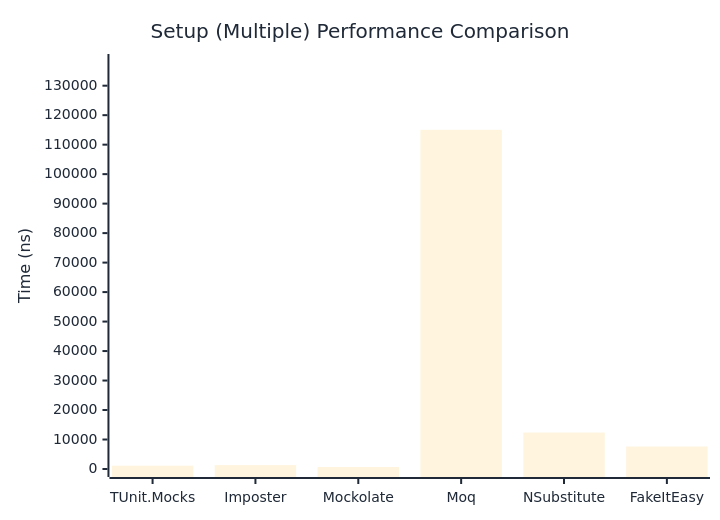
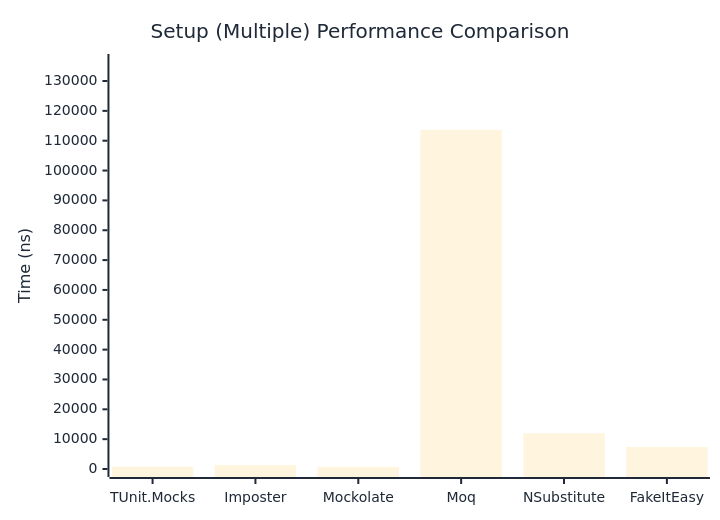
Before and after one commit to thomhurst/TUnit: the second of 2 diagrams in docs/docs/benchmarks/mocks/Setup.md, drawn with Mermaid. The commit also changed other lines of this file and 14 other files, not shown here.

````diff
--- a/docs/docs/benchmarks/mocks/Setup.md
+++ b/docs/docs/benchmarks/mocks/Setup.md
@@ -69,27 +69,27 @@
 ```mermaid
 %%{init: {
   'theme':'base',
   'themeVariables': {
     'primaryColor': '#2563eb',
     'primaryTextColor': '#1f2937',
     'primaryBorderColor': '#1e40af',
     'lineColor': '#6b7280',
     'secondaryColor': '#7c3aed',
     'tertiaryColor': '#dc2626',
     'background': '#ffffff',
     'pie1': '#2563eb',
     'pie2': '#7c3aed',
     'pie3': '#dc2626',
     'pie4': '#f59e0b',
     'pie5': '#10b981',
     'pie6': '#06b6d4',
     'pie7': '#ec4899',
     'pie8': '#6366f1'
   }
 }}%%
 xychart-beta
   title "Setup (Multiple) Performance Comparison"
   x-axis ["TUnit.Mocks", "Imposter", "Mockolate", "Moq", "NSubstitute", "FakeItEasy"]
-  y-axis "Time (ns)" 0 --> 138032
-  bar [1112.4, 1314, 674.2, 115026.1, 12355, 7623.2]
+  y-axis "Time (ns)" 0 --> 136374
+  bar [786.5, 1330.7, 712.5, 113644.6, 11953, 7393]
 ```
````
